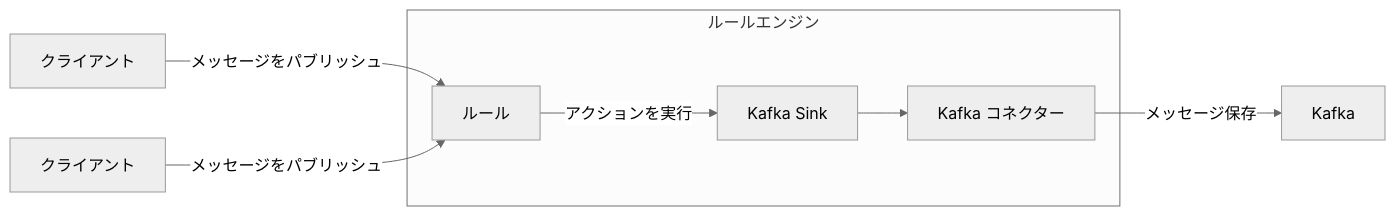
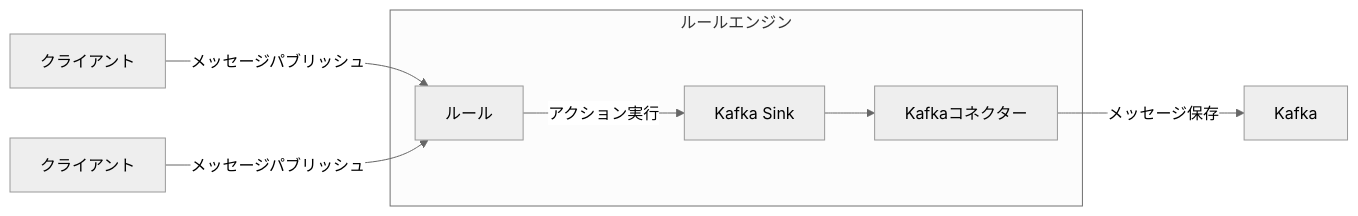
Before and after one commit to emqx/emqx-docs: the first of 2 diagrams in ja_JP/data-integration/data-bridges.md, drawn with Mermaid (neutral theme). The commit also changed other lines of this file and 45 other files, not shown here.

````diff
--- a/ja_JP/data-integration/data-bridges.md
+++ b/ja_JP/data-integration/data-bridges.md
@@ -39,11 +39,11 @@
 ```mermaid
 graph LR
-  A[クライアント] -->|メッセージをパブリッシュ| B[ルール]
-  A1[クライアント] --> |メッセージをパブリッシュ| B
+  A[クライアント] -->|メッセージパブリッシュ| B[ルール]
+  A1[クライアント] --> |メッセージパブリッシュ| B
 
   subgraph ルールエンジン
-    B -->  |アクションを実行| C[Kafka Sink] --> D[Kafka コネクター]
+    B -->  |アクション実行| C[Kafka Sink] --> D[Kafkaコネクター]
   end
 
 D -->|メッセージ保存| E[Kafka]
 ```
````
